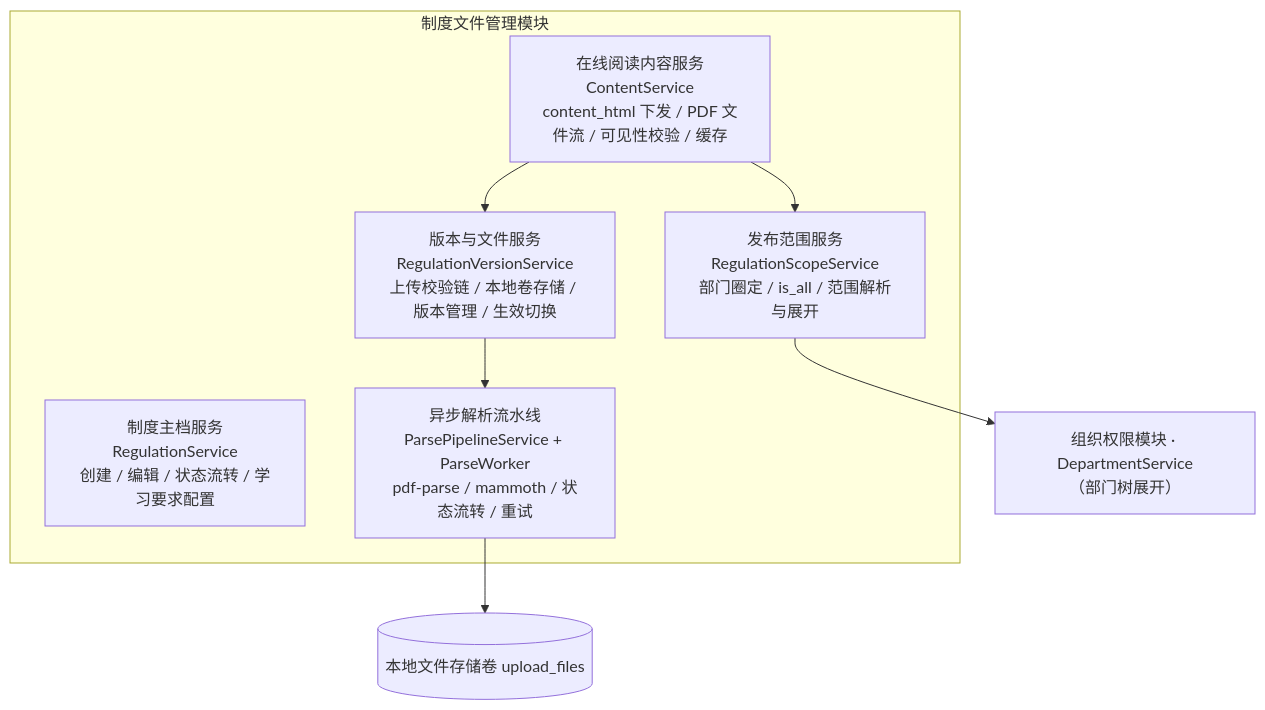
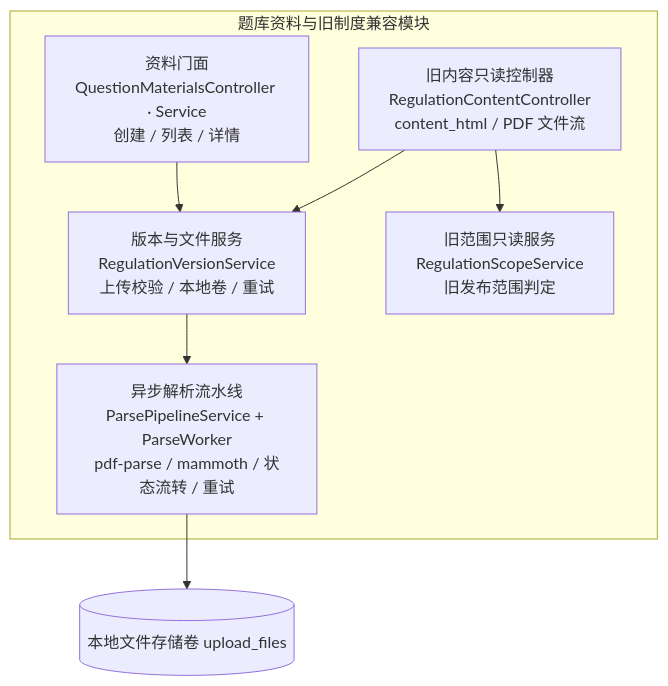
The fifth of 17 diagrams in docs/design/05-模块设计.md (caoguanjie/emodor-exam), drawn with Mermaid before and after one commit. The commit also changed other lines of this file and 181 other files, not shown here.

````diff
--- a/docs/design/05-模块设计.md
+++ b/docs/design/05-模块设计.md
@@ -343,15 +268,15 @@
 ```mermaid
 graph TB
-    subgraph MOD2["制度文件管理模块"]
-        REG["制度主档服务<br/>RegulationService<br/>创建 / 编辑 / 状态流转 / 学习要求配置"]
-        VER["版本与文件服务<br/>RegulationVersionService<br/>上传校验链 / 本地卷存储 / 版本管理 / 生效切换"]
+    subgraph MOD2["题库资料与旧制度兼容模块"]
+        MAT["资料门面<br/>QuestionMaterialsController · Service<br/>创建 / 列表 / 详情"]
+        VER["版本与文件服务<br/>RegulationVersionService<br/>上传校验 / 本地卷 / 重试"]
         PARSE["异步解析流水线<br/>ParsePipelineService + ParseWorker<br/>pdf-parse / mammoth / 状态流转 / 重试"]
-        SCOPE["发布范围服务<br/>RegulationScopeService<br/>部门圈定 / is_all / 范围解析与展开"]
-        CONTENT["在线阅读内容服务<br/>ContentService<br/>content_html 下发 / PDF 文件流 / 可见性校验 / 缓存"]
+        SCOPE["旧范围只读服务<br/>RegulationScopeService<br/>旧发布范围判定"]
+        CONTENT["旧内容只读控制器<br/>RegulationContentController<br/>content_html / PDF 文件流"]
     end
     VER --> PARSE
-    SCOPE --> DEPT["组织权限模块 · DepartmentService<br/>（部门树展开）"]
+    MAT --> VER
     CONTENT --> VER
     CONTENT --> SCOPE
     PARSE --> FS[("本地文件存储卷 upload_files")]
 ```
````
